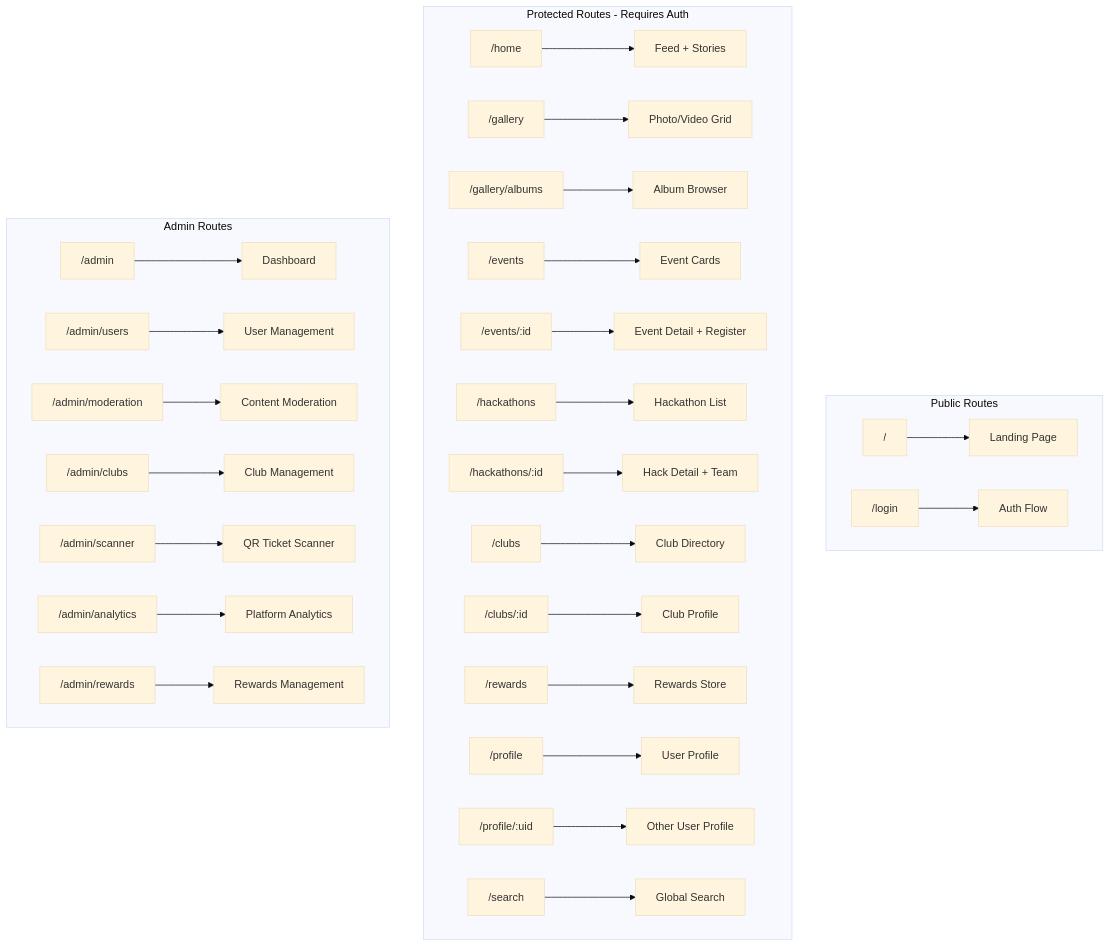
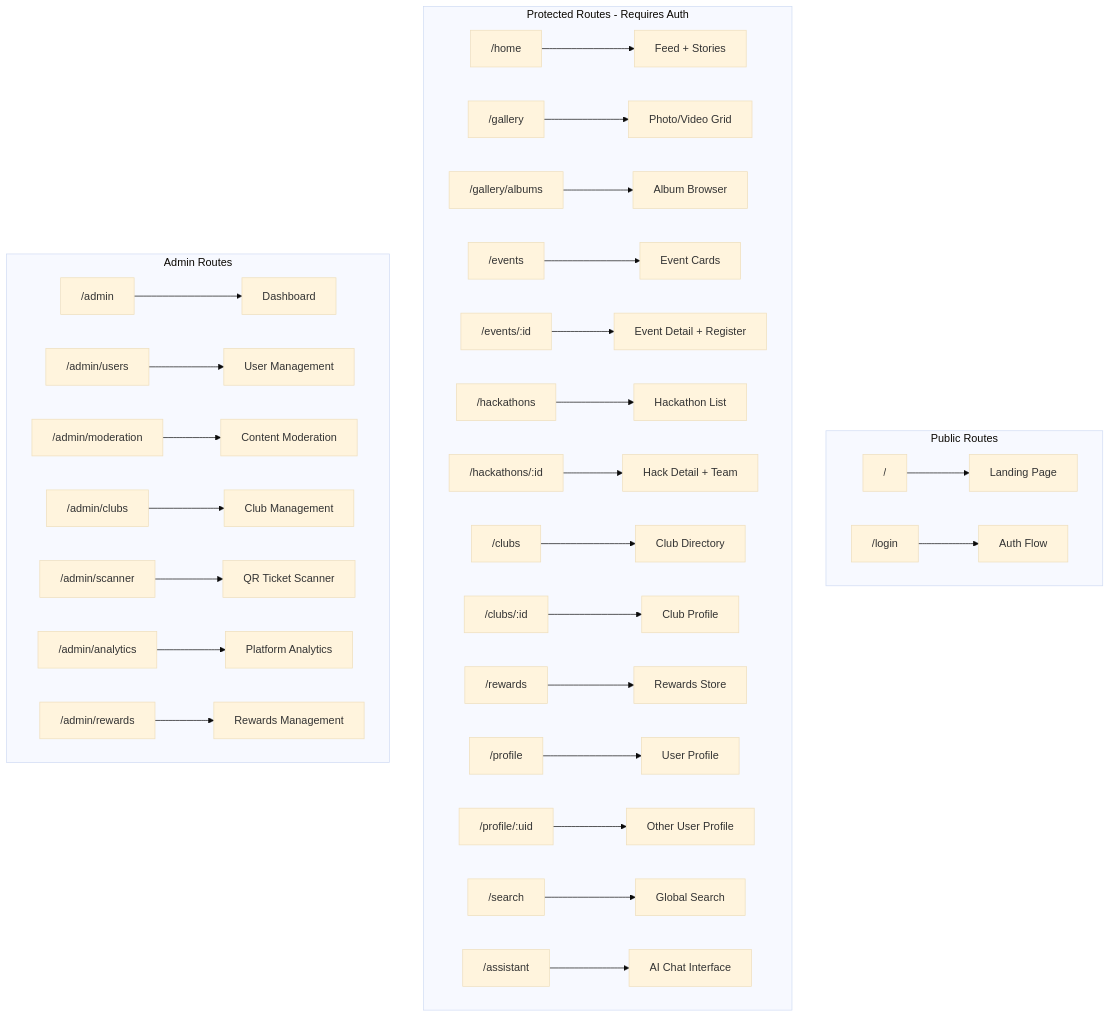
The third of 4 diagrams in docs/APP_WORKFLOW.md (ask8962/glagallery), drawn with Mermaid (base theme) before and after one commit. The commit also changed 4 other files, not shown here.

````diff
--- a/docs/APP_WORKFLOW.md
+++ b/docs/APP_WORKFLOW.md
@@ -114,33 +114,34 @@
 ```mermaid
 graph TD
     subgraph Public["Public Routes"]
         A1["/"] --> A2["Landing Page"]
         A3["/login"] --> A4["Auth Flow"]
     end
     
     subgraph Protected["Protected Routes - Requires Auth"]
         B1["/home"] --> B2["Feed + Stories"]
         B3["/gallery"] --> B4["Photo/Video Grid"]
         B5["/gallery/albums"] --> B6["Album Browser"]
         B7["/events"] --> B8["Event Cards"]
         B9["/events/:id"] --> B10["Event Detail + Register"]
         B11["/hackathons"] --> B12["Hackathon List"]
         B13["/hackathons/:id"] --> B14["Hack Detail + Team"]
         B15["/clubs"] --> B16["Club Directory"]
         B17["/clubs/:id"] --> B18["Club Profile"]
         B19["/rewards"] --> B20["Rewards Store"]
         B21["/profile"] --> B22["User Profile"]
         B23["/profile/:uid"] --> B24["Other User Profile"]
         B25["/search"] --> B26["Global Search"]
+        B27["/assistant"] --> B28["AI Chat Interface"]
     end
     
     subgraph Admin["Admin Routes"]
         C1["/admin"] --> C2["Dashboard"]
         C3["/admin/users"] --> C4["User Management"]
         C5["/admin/moderation"] --> C6["Content Moderation"]
         C7["/admin/clubs"] --> C8["Club Management"]
         C9["/admin/scanner"] --> C10["QR Ticket Scanner"]
         C11["/admin/analytics"] --> C12["Platform Analytics"]
         C13["/admin/rewards"] --> C14["Rewards Management"]
     end
 ```
````
